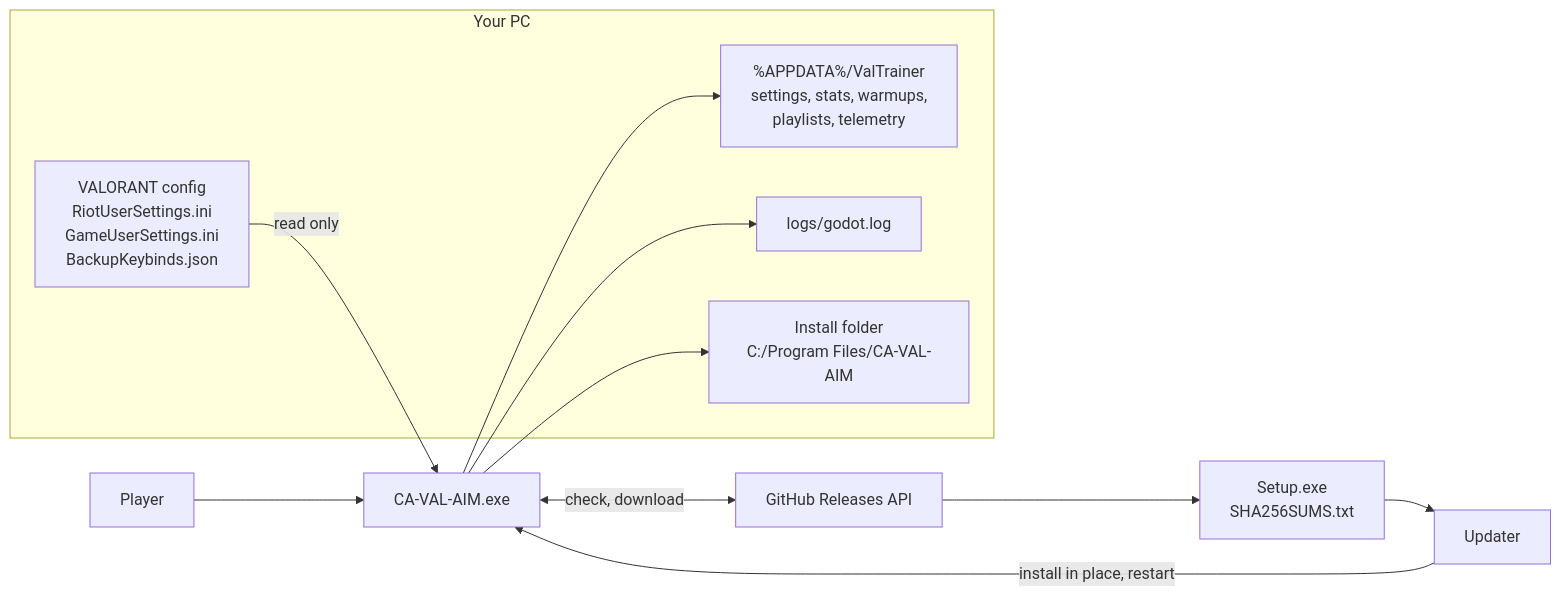
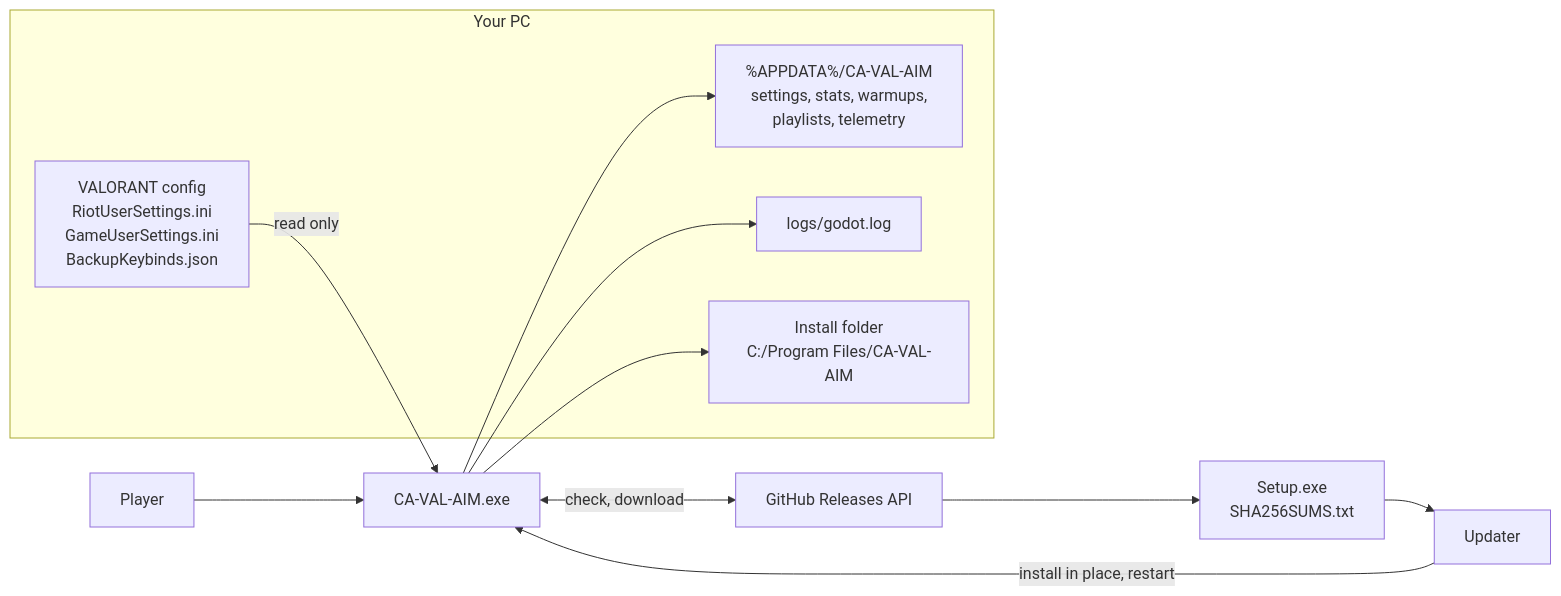
The first of 20 diagrams in docs/ARCHITECTURE.md (Pyromesis/CA-VAL-AIM), drawn with Mermaid before and after one commit. The commit also changed other lines of this file and 1584 other files, not shown here.

First line of the commit message:
Rename everything to CA-VAL-AIM

````diff
--- a/docs/ARCHITECTURE.md
+++ b/docs/ARCHITECTURE.md
@@ -38,18 +38,18 @@
 ```mermaid
 flowchart LR
     P["Player"] --> APP["CA-VAL-AIM.exe"]
     subgraph PC["Your PC"]
         V["VALORANT config<br/>RiotUserSettings.ini<br/>GameUserSettings.ini<br/>BackupKeybinds.json"]
-        D["%APPDATA%/ValTrainer<br/>settings, stats, warmups,<br/>playlists, telemetry"]
+        D["%APPDATA%/CA-VAL-AIM<br/>settings, stats, warmups,<br/>playlists, telemetry"]
         L["logs/godot.log"]
         I["Install folder<br/>C:/Program Files/CA-VAL-AIM"]
     end
     V -->|"read only"| APP
     APP --> D
     APP --> L
     APP --> I
     APP <-->|"check, download"| GH["GitHub Releases API"]
     GH --> A["Setup.exe<br/>SHA256SUMS.txt"]
     A --> U["Updater"]
     U -->|"install in place, restart"| APP
 ```
````
